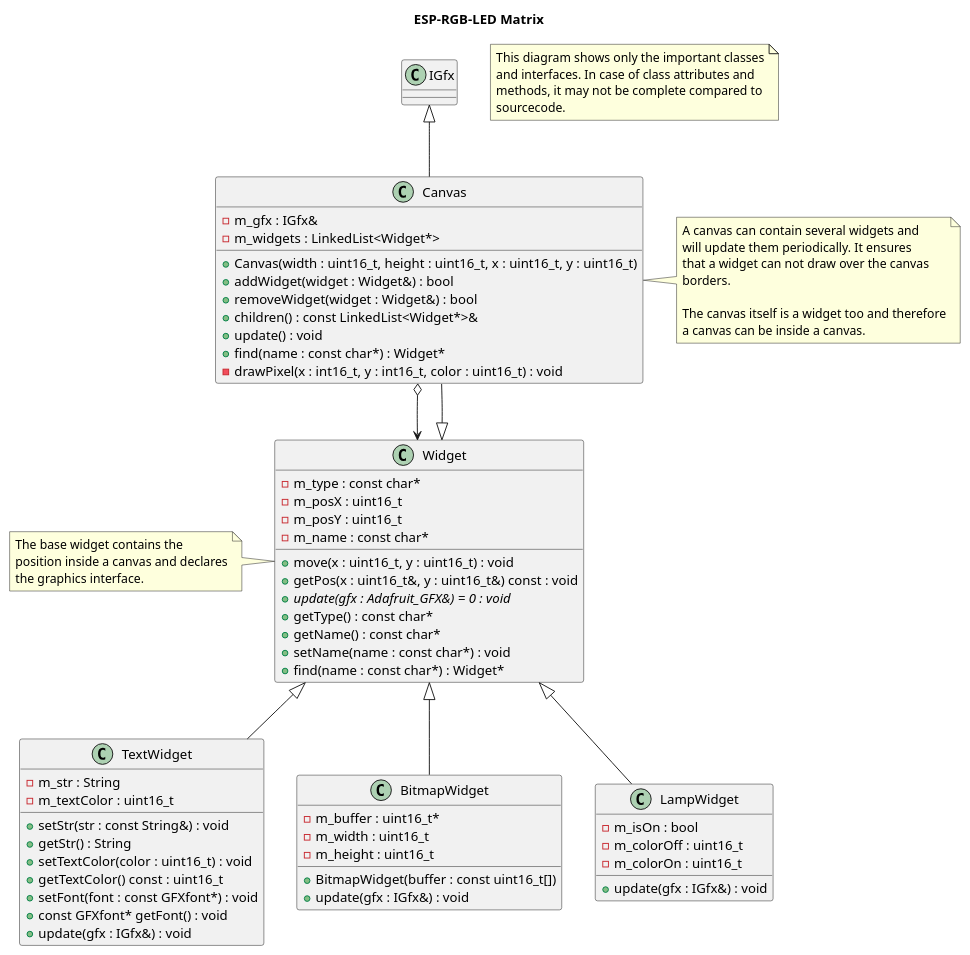
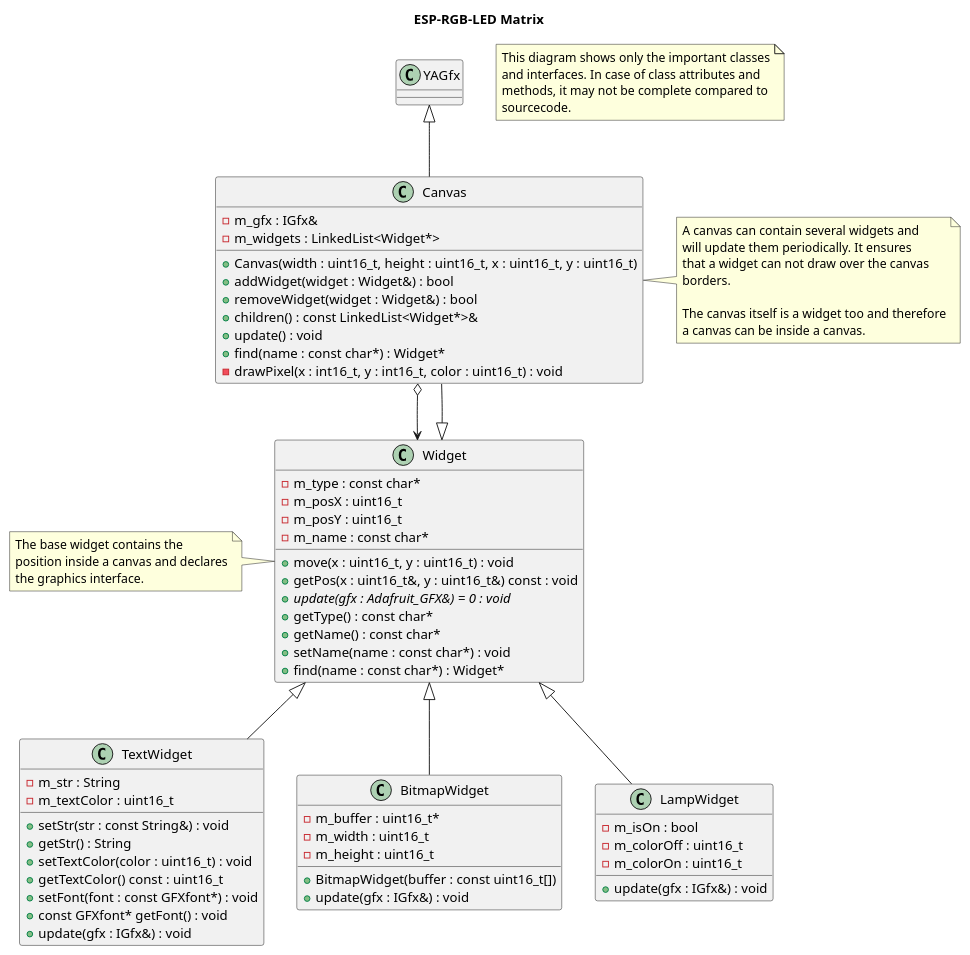
One commit to BlueAndi/Pixelix changed the diagram in doc/design/widgets.plantuml. Above: the diagram before and after it, drawn with PlantUML. The commit also changed 87 other files, not shown here.

```diff
--- a/doc/design/widgets.plantuml
+++ b/doc/design/widgets.plantuml
@@ -1,93 +1,93 @@
 @startuml
 
 title ESP-RGB-LED Matrix
 
 note as N1
     This diagram shows only the important classes
     and interfaces. In case of class attributes and
     methods, it may not be complete compared to
     sourcecode.
 end note
 
-class IGfx
+class YAGfx
 
 class Canvas {
     - m_gfx : IGfx&
     - m_widgets : LinkedList<Widget*>
     + Canvas(width : uint16_t, height : uint16_t, x : uint16_t, y : uint16_t)
     + addWidget(widget : Widget&) : bool
     + removeWidget(widget : Widget&) : bool
     + children() : const LinkedList<Widget*>&
     + update() : void
     + find(name : const char*) : Widget*
     - drawPixel(x : int16_t, y : int16_t, color : uint16_t) : void
 }
 
-IGfx <|-- Canvas
+YAGfx <|-- Canvas
 Widget <|-- Canvas
 Canvas o--> Widget
 
 note right of Canvas
     A canvas can contain several widgets and
     will update them periodically. It ensures
     that a widget can not draw over the canvas
     borders.
 
     The canvas itself is a widget too and therefore
     a canvas can be inside a canvas.
 end note
 
 class Widget {
     - m_type : const char*
     - m_posX : uint16_t
     - m_posY : uint16_t
     - m_name : const char*
     + move(x : uint16_t, y : uint16_t) : void
     + getPos(x : uint16_t&, y : uint16_t&) const : void
     + {abstract} update(gfx : Adafruit_GFX&) = 0 : void
     + getType() : const char*
     + getName() : const char*
     + setName(name : const char*) : void
     + find(name : const char*) : Widget*
 }
 
 note left of Widget
     The base widget contains the
     position inside a canvas and declares
     the graphics interface.
 end note
 
 class TextWidget {
     - m_str : String
     - m_textColor : uint16_t
     + setStr(str : const String&) : void
     + getStr() : String
     + setTextColor(color : uint16_t) : void
     + getTextColor() const : uint16_t
     + setFont(font : const GFXfont*) : void
     + const GFXfont* getFont() : void
     + update(gfx : IGfx&) : void
 }
 
 Widget <|-- TextWidget
 
 class BitmapWidget {
     - m_buffer : uint16_t*
     - m_width : uint16_t
     - m_height : uint16_t
     + BitmapWidget(buffer : const uint16_t[])
     + update(gfx : IGfx&) : void
 }
 
 Widget <|-- BitmapWidget
 
 class LampWidget {
     - m_isOn : bool
     - m_colorOff : uint16_t
     - m_colorOn : uint16_t
     + update(gfx : IGfx&) : void
 }
 
 Widget <|-- LampWidget
 
 @enduml
```
